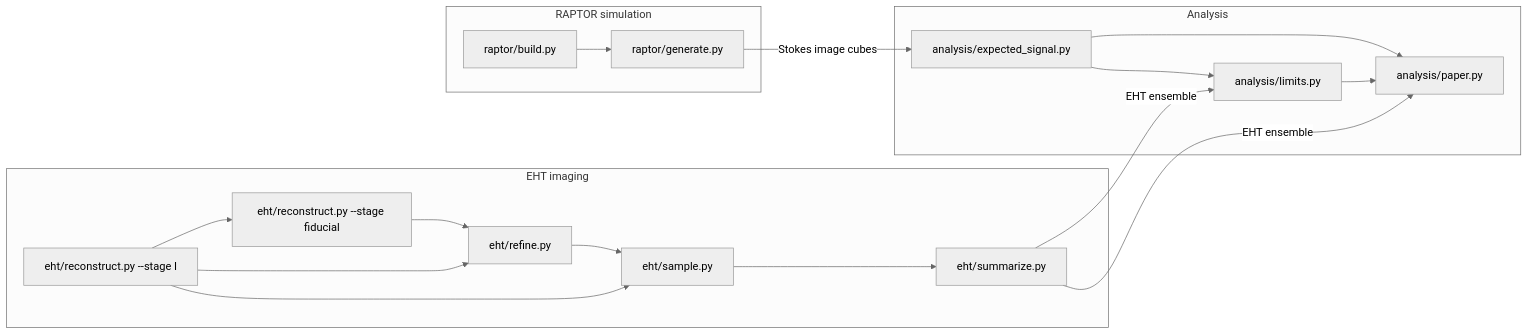
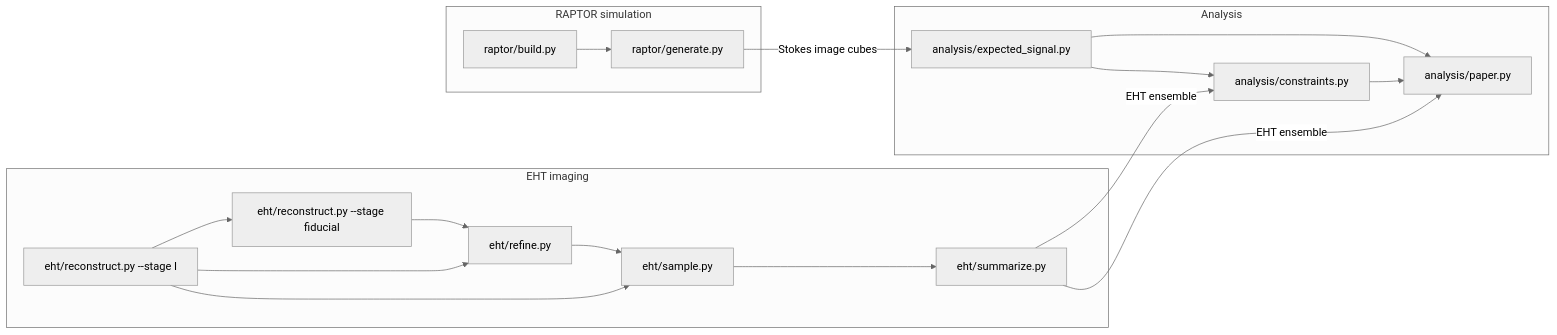
Before and after one commit to ProjectEHT-PKU/EHT-axion-pixel-by-pixel-analysis: the diagram in docs/en/overview.md, drawn with Mermaid (neutral theme). The commit also changed other lines of this file and 25 other files, not shown here.

Commit message:
Rename analysis/limits to analysis/constraints (scripts/analysis/constraints.py, constraints.csv, stage analysis:constraints)

````diff
--- a/docs/en/overview.md
+++ b/docs/en/overview.md
@@ -16,22 +16,22 @@
 ```mermaid
 flowchart LR
   subgraph RAPTOR["RAPTOR simulation"]
     RB["raptor/build.py"] --> RG["raptor/generate.py"]
   end
   subgraph EHT["EHT imaging"]
     EI["eht/reconstruct.py --stage I"] --> EF["eht/reconstruct.py --stage fiducial"]
     EF --> ER["eht/refine.py"]
     EI --> ER
     ER --> ES["eht/sample.py"]
     EI --> ES
     ES --> EM["eht/summarize.py"]
   end
   subgraph AN["Analysis"]
-    AT["analysis/expected_signal.py"] --> AL["analysis/limits.py"]
+    AT["analysis/expected_signal.py"] --> AL["analysis/constraints.py"]
     AT --> AP["analysis/paper.py"]
     AL --> AP
   end
   RG -- "Stokes image cubes" --> AT
   EM -- "EHT ensemble" --> AL
   EM -- "EHT ensemble" --> AP
 ```
````
